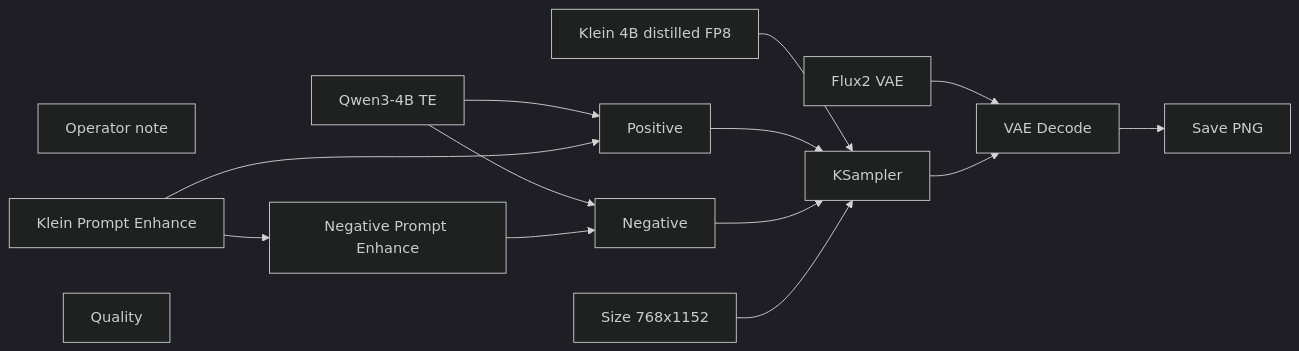
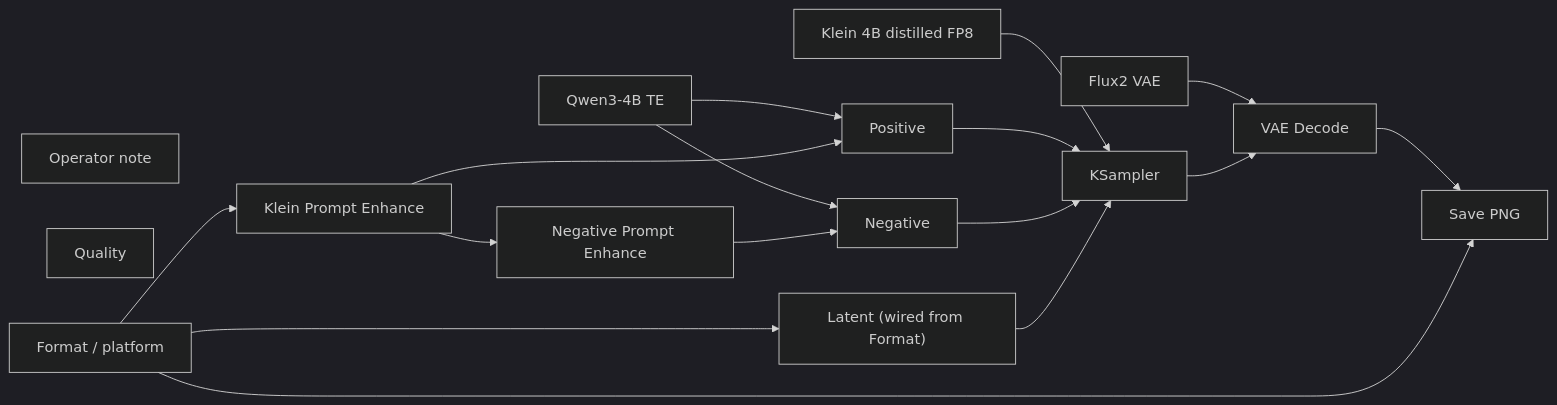
Before and after one commit to toxicoder/ez-comfy-stack: the diagram in docs/generated/workflows/klein/creator/pinterest-pin.md, drawn with Mermaid (dark theme). The commit also changed other lines of this file and 312 other files, not shown here.

First line of the commit message:
feat: Format / platform on Klein, Wan, and LTX Apps

````diff
--- a/docs/generated/workflows/klein/creator/pinterest-pin.md
+++ b/docs/generated/workflows/klein/creator/pinterest-pin.md
@@ -49,28 +51,32 @@
 ```mermaid
 flowchart LR
   N1["Klein 4B distilled FP8"]
   N2["Qwen3-4B TE"]
   N3["Flux2 VAE"]
   N4["Positive"]
   N5["Negative"]
-  N6["Size 768x1152"]
+  N6["Latent (wired from Format)"]
   N7["KSampler"]
   N8["VAE Decode"]
   N9["Save PNG"]
   N10["Operator note"]
   N11["Klein Prompt Enhance"]
   N12["Negative Prompt Enhance"]
   N13["Quality"]
+  N14["Format / platform"]
   N1 --> N7
   N2 --> N4
   N2 --> N5
   N3 --> N8
   N4 --> N7
   N5 --> N7
   N6 --> N7
   N7 --> N8
   N8 --> N9
   N11 --> N4
   N11 --> N12
   N12 --> N5
+  N14 --> N6
+  N14 --> N11
+  N14 --> N9
 ```
````
